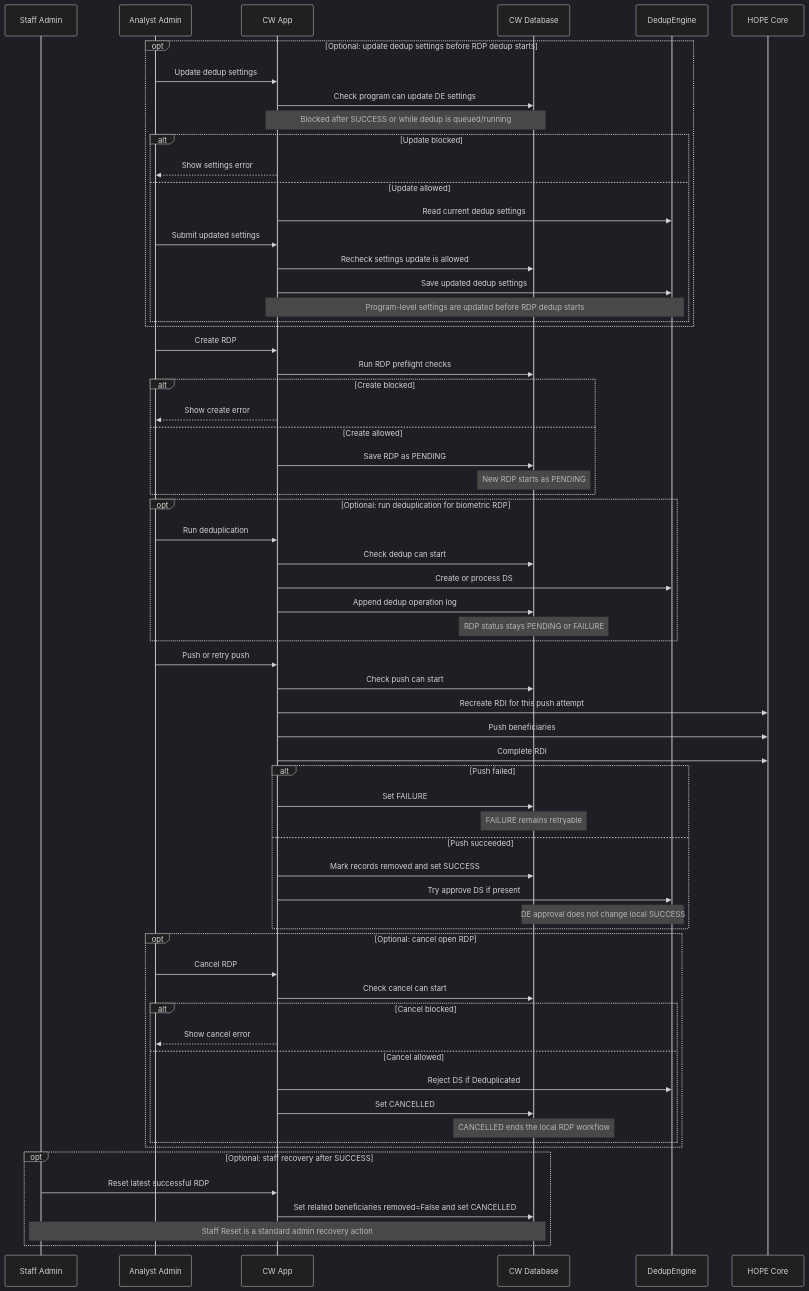
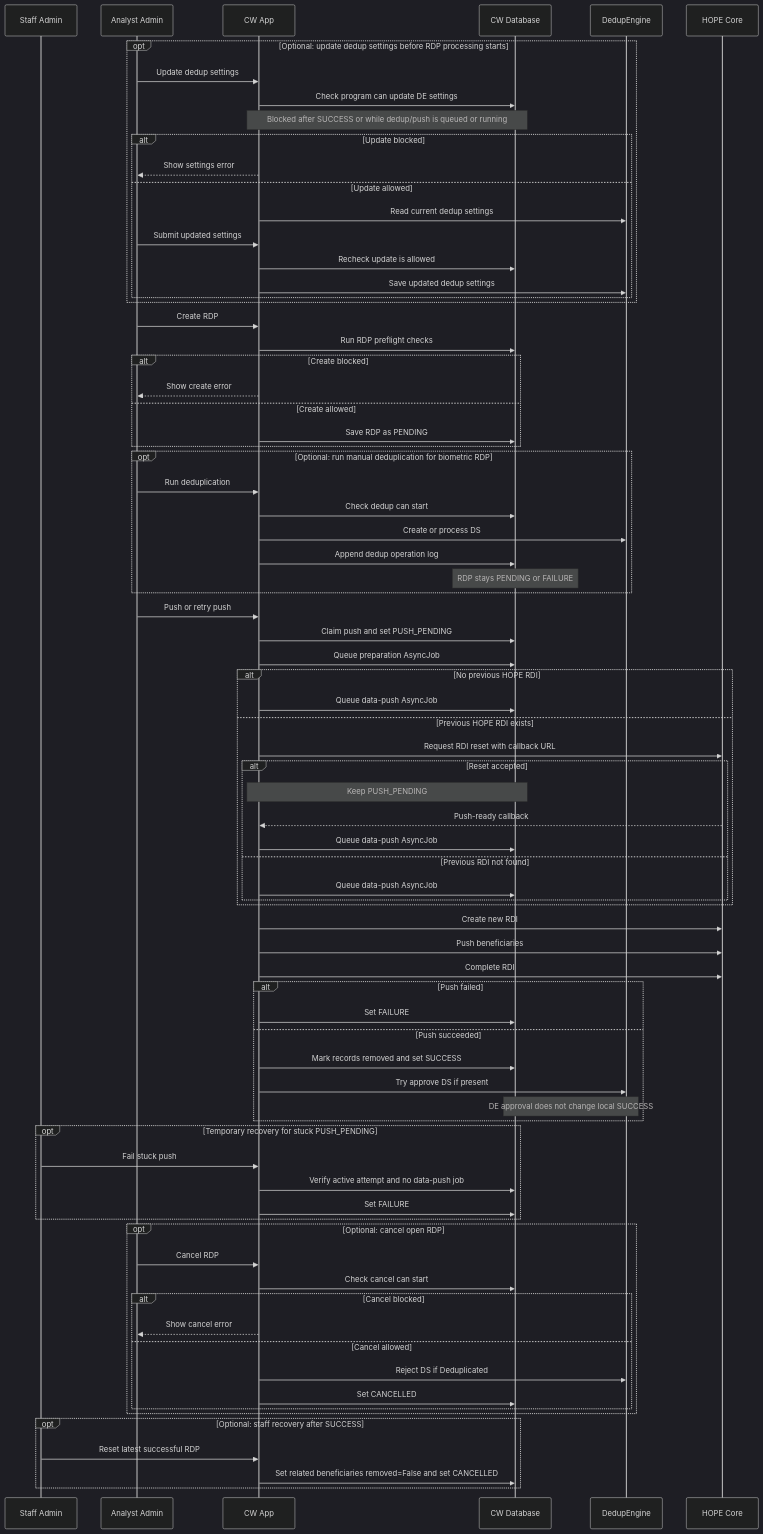
Before and after one commit to unicef/hope-country-workspace: the second of 3 diagrams in docs/src/flows/rdp_lifecycle.md, drawn with Mermaid (dark theme). The commit also changed other lines of this file, not shown here.

Commit message:
update rdp lifecycle docs

````diff
--- a/docs/src/flows/rdp_lifecycle.md
+++ b/docs/src/flows/rdp_lifecycle.md
@@ -59,19 +73,18 @@
     participant DE as DedupEngine
     participant HOPE as HOPE Core
 
-    opt Optional: update dedup settings before RDP dedup starts
+    opt Optional: update dedup settings before RDP processing starts
         Analyst->>App: Update dedup settings
         App->>DB: Check program can update DE settings
-        Note over App,DB: Blocked after SUCCESS or while dedup is queued/running
+        Note over App,DB: Blocked after SUCCESS or while dedup/push is queued or running
 
         alt Update blocked
             App-->>Analyst: Show settings error
         else Update allowed
             App->>DE: Read current dedup settings
             Analyst->>App: Submit updated settings
-            App->>DB: Recheck settings update is allowed
+            App->>DB: Recheck update is allowed
             App->>DE: Save updated dedup settings
-            Note over App,DE: Program-level settings are updated before RDP dedup starts
         end
     end
 
@@ -82,30 +95,50 @@
         App-->>Analyst: Show create error
     else Create allowed
         App->>DB: Save RDP as PENDING
-        Note over DB: New RDP starts as PENDING
     end
 
-    opt Optional: run deduplication for biometric RDP
+    opt Optional: run manual deduplication for biometric RDP
         Analyst->>App: Run deduplication
         App->>DB: Check dedup can start
         App->>DE: Create or process DS
         App->>DB: Append dedup operation log
-        Note over DB: RDP status stays PENDING or FAILURE
+        Note over DB: RDP stays PENDING or FAILURE
     end
 
     Analyst->>App: Push or retry push
-    App->>DB: Check push can start
-    App->>HOPE: Recreate RDI for this push attempt
+    App->>DB: Claim push and set PUSH_PENDING
+    App->>DB: Queue preparation AsyncJob
+
+    alt No previous HOPE RDI
+        App->>DB: Queue data-push AsyncJob
+    else Previous HOPE RDI exists
+        App->>HOPE: Request RDI reset with callback URL
+
+        alt Reset accepted
+            Note over App,DB: Keep PUSH_PENDING
+            HOPE-->>App: Push-ready callback
+            App->>DB: Queue data-push AsyncJob
+        else Previous RDI not found
+            App->>DB: Queue data-push AsyncJob
+        end
+    end
+
+    App->>HOPE: Create new RDI
     App->>HOPE: Push beneficiaries
     App->>HOPE: Complete RDI
 
     alt Push failed
         App->>DB: Set FAILURE
-        Note over DB: FAILURE remains retryable
     else Push succeeded
         App->>DB: Mark records removed and set SUCCESS
         App->>DE: Try approve DS if present
         Note over DB,DE: DE approval does not change local SUCCESS
+    end
+
+    opt Temporary recovery for stuck PUSH_PENDING
+        Staff->>App: Fail stuck push
+        App->>DB: Verify active attempt and no data-push job
+        App->>DB: Set FAILURE
     end
 
     opt Optional: cancel open RDP
@@ -117,13 +150,11 @@
         else Cancel allowed
             App->>DE: Reject DS if Deduplicated
             App->>DB: Set CANCELLED
-            Note over DB: CANCELLED ends the local RDP workflow
         end
     end
 
     opt Optional: staff recovery after SUCCESS
         Staff->>App: Reset latest successful RDP
         App->>DB: Set related beneficiaries removed=False and set CANCELLED
-        Note over Staff,DB: Staff Reset is a standard admin recovery action
     end
 ```
````
